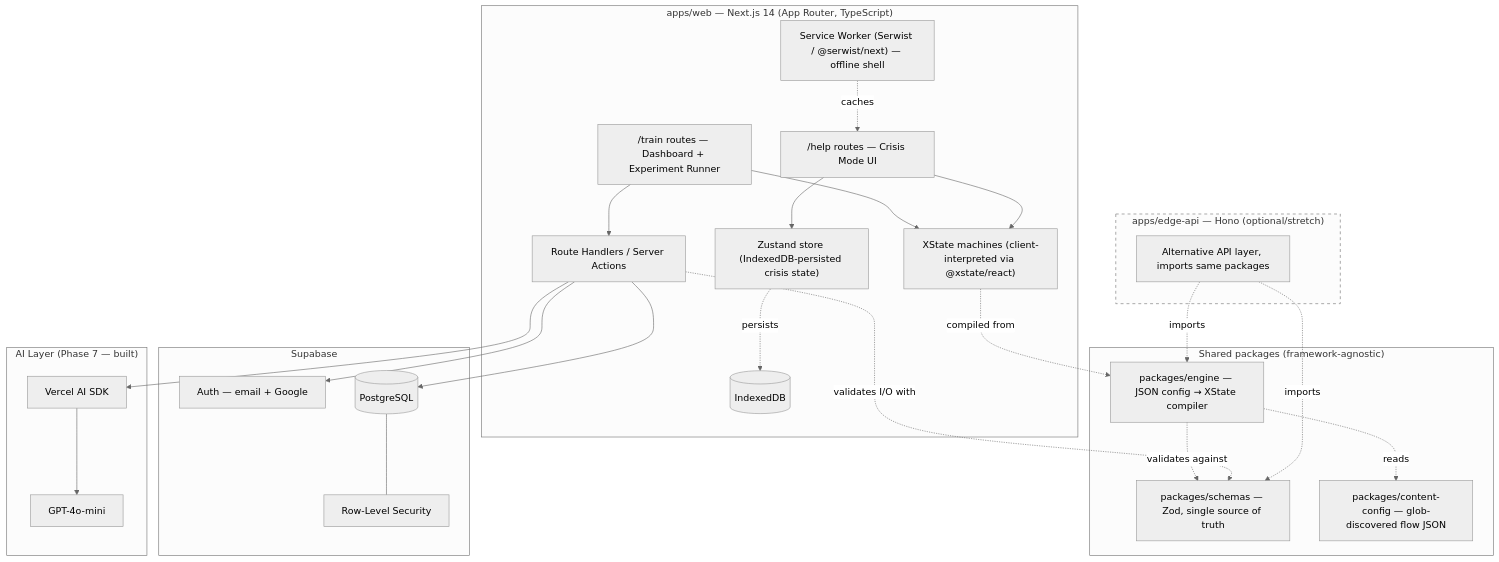
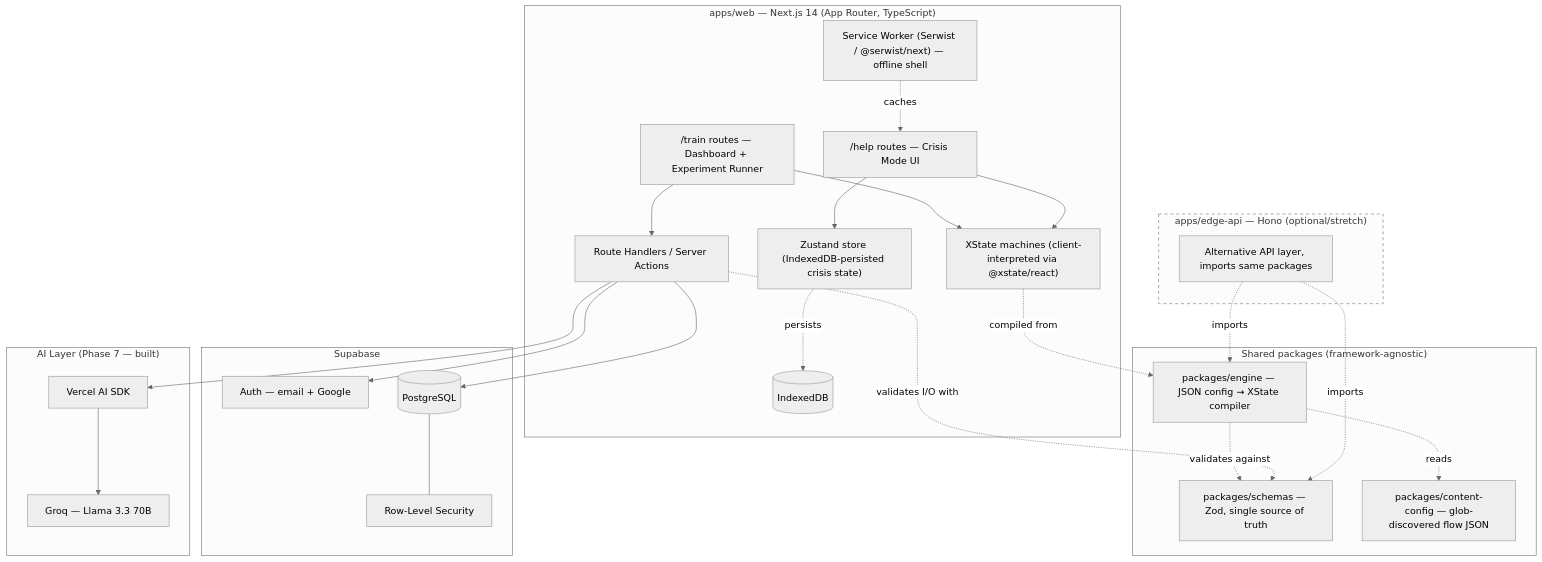
The second of 3 diagrams in docs/SYSTEM_REFERENCE.md (ubturja/Is-It-For-Real), drawn with Mermaid (neutral theme) before and after one commit. The commit also changed other lines of this file and 18 other files, not shown here.

````diff
--- a/docs/SYSTEM_REFERENCE.md
+++ b/docs/SYSTEM_REFERENCE.md
@@ -199,46 +199,46 @@
 ```mermaid
 flowchart TB
     subgraph WEB["apps/web — Next.js 14 (App Router, TypeScript)"]
         UI_TRAIN["/train routes — Dashboard + Experiment Runner"]
         UI_HELP["/help routes — Crisis Mode UI"]
         XSTATE["XState machines (client-interpreted via @xstate/react)"]
         ZUSTAND["Zustand store (IndexedDB-persisted crisis state)"]
         SW["Service Worker (Serwist / @serwist/next) — offline shell"]
         RH["Route Handlers / Server Actions"]
         UI_TRAIN --> XSTATE
         UI_HELP --> XSTATE
         UI_HELP --> ZUSTAND
         ZUSTAND -.persists.-> IDB[("IndexedDB")]
         SW -.caches.-> UI_HELP
         UI_TRAIN --> RH
     end
     subgraph PACKAGES["Shared packages (framework-agnostic)"]
         SCHEMAS["packages/schemas — Zod, single source of truth"]
         ENGINE["packages/engine — JSON config → XState compiler"]
         CONTENT["packages/content-config — glob-discovered flow JSON"]
     end
     subgraph EDGE["apps/edge-api — Hono (optional/stretch)"]
         HONO["Alternative API layer, imports same packages"]
     end
     subgraph SUPABASE["Supabase"]
         AUTH["Auth — email + Google"]
         PG[("PostgreSQL")]
         RLS["Row-Level Security"]
     end
     subgraph AI["AI Layer (Phase 7 — built)"]
         SDK["Vercel AI SDK"]
-        MODEL["GPT-4o-mini"]
+        MODEL["Groq — Llama 3.3 70B"]
     end
     XSTATE -.compiled from.-> ENGINE
     ENGINE -.validates against.-> SCHEMAS
     ENGINE -.reads.-> CONTENT
     RH -.validates I/O with.-> SCHEMAS
     RH --> AUTH
     RH --> PG
     PG --- RLS
     RH --> SDK
     SDK --> MODEL
     HONO -.imports.-> SCHEMAS
     HONO -.imports.-> ENGINE
     style EDGE stroke-dasharray: 5 5
 ```
````
